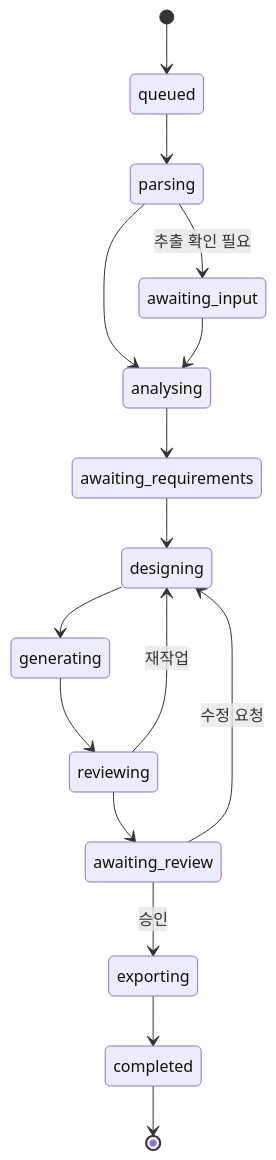
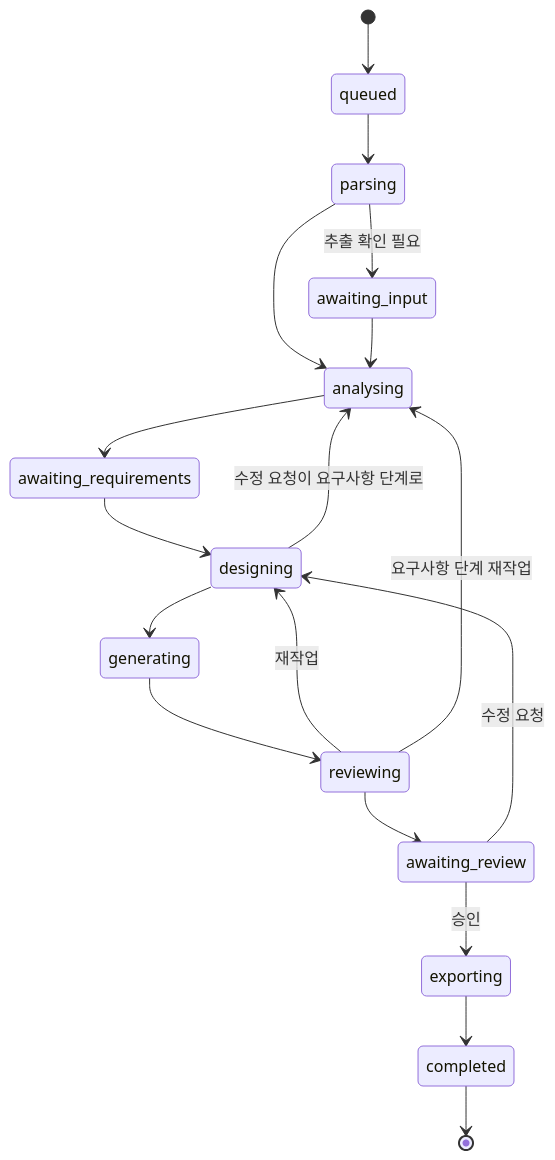
One commit to surplus96/specton changed the third of 3 diagrams in docs/03-architecture.md. Above: the diagram before and after it, drawn with Mermaid. The commit also changed other lines of this file and 11 other files, not shown here.

````diff
--- a/docs/03-architecture.md
+++ b/docs/03-architecture.md
@@ -105,18 +105,20 @@
 ```mermaid
 stateDiagram-v2
     [*] --> queued
     queued --> parsing
     parsing --> awaiting_input: 추출 확인 필요
     parsing --> analysing
     awaiting_input --> analysing
     analysing --> awaiting_requirements
     awaiting_requirements --> designing
     designing --> generating
+    designing --> analysing: 수정 요청이 요구사항 단계로
     generating --> reviewing
     reviewing --> designing: 재작업
+    reviewing --> analysing: 요구사항 단계 재작업
     reviewing --> awaiting_review
     awaiting_review --> designing: 수정 요청
     awaiting_review --> exporting: 승인
     exporting --> completed
     completed --> [*]
 ```
````
